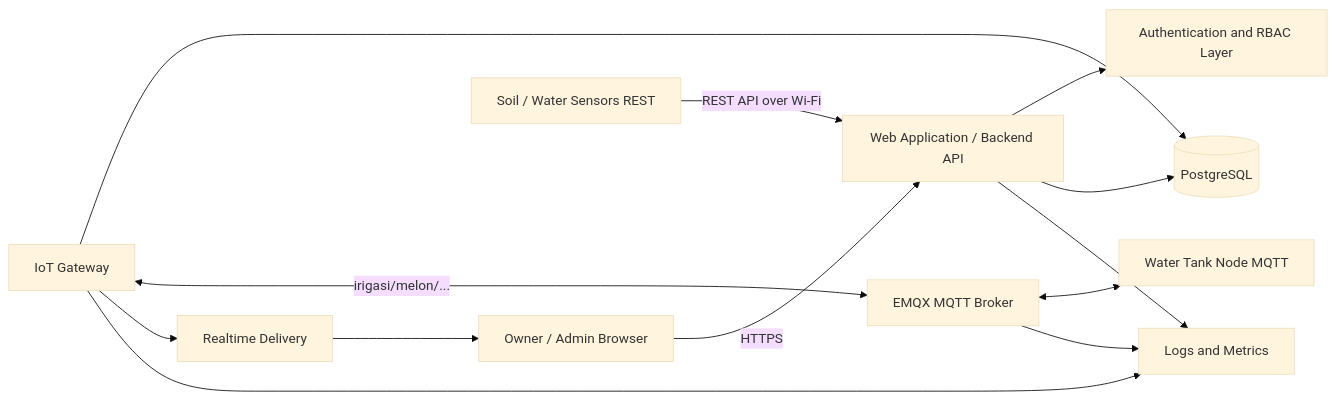
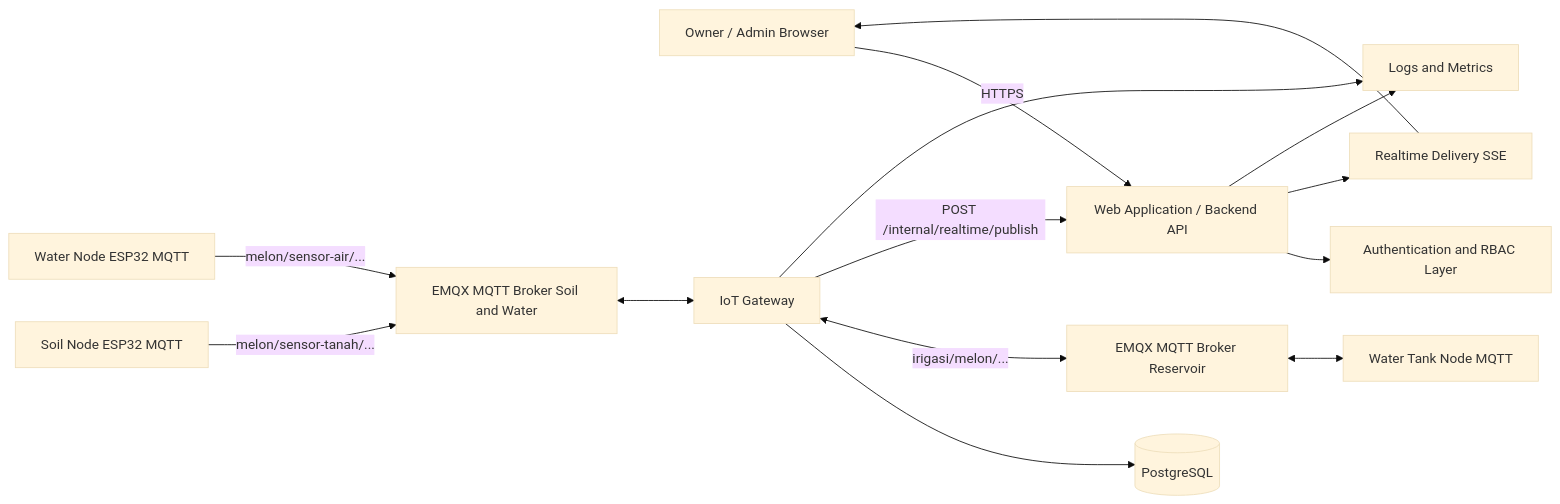
One commit to Hugo141132/Melon changed the first of 5 diagrams in docs/ARCHITECTURE.md. Above: the diagram before and after it, drawn with Mermaid (base theme). The commit also changed other lines of this file and 31 other files, not shown here.

Commit message:
Water & Soil Integration

````diff
--- a/docs/ARCHITECTURE.md
+++ b/docs/ARCHITECTURE.md
@@ -114,26 +114,29 @@
 ```mermaid
 flowchart LR
     U[Owner / Admin Browser]
     W[Web Application / Backend API]
     A[Authentication and RBAC Layer]
-    R[Realtime Delivery]
+    R[Realtime Delivery SSE]
     G[IoT Gateway]
-    M[EMQX MQTT Broker]
-    D_Soil[Soil / Water Sensors REST]
+    M_Res[EMQX MQTT Broker Reservoir]
+    M_SW[EMQX MQTT Broker Soil and Water]
+    D_Soil[Soil Node ESP32 MQTT]
+    D_Water[Water Node ESP32 MQTT]
     D_Res[Water Tank Node MQTT]
     DB[(PostgreSQL)]
     O[Logs and Metrics]
 
     U -->|HTTPS| W
     W --> A
-    D_Soil -->|REST API over Wi-Fi| W
-    W --> DB
+    D_Soil -->|melon/sensor-tanah/...| M_SW
+    D_Water -->|melon/sensor-air/...| M_SW
+    M_SW <--> G
     G --> DB
-    G <-->|irigasi/melon/...| M
-    M <--> D_Res
-    G --> R
+    G <-->|irigasi/melon/...| M_Res
+    M_Res <--> D_Res
+    G -->|POST /internal/realtime/publish| W
+    W --> R
     R --> U
     W --> O
     G --> O
-    M --> O
 ```
````
